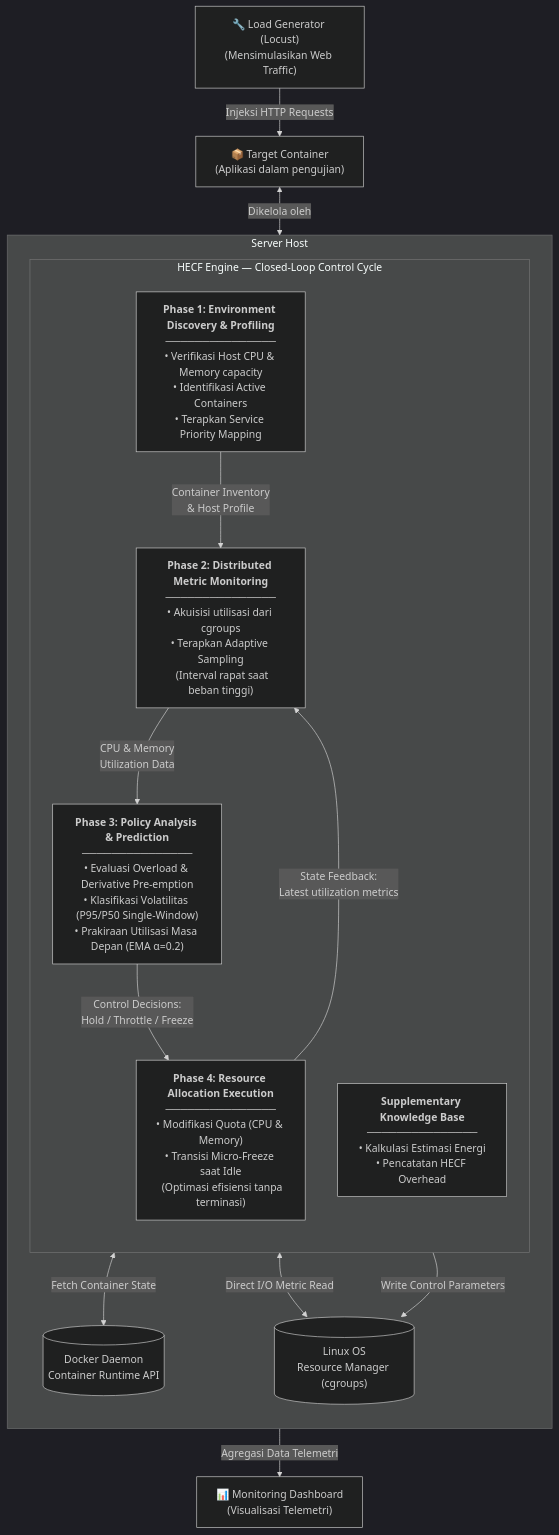
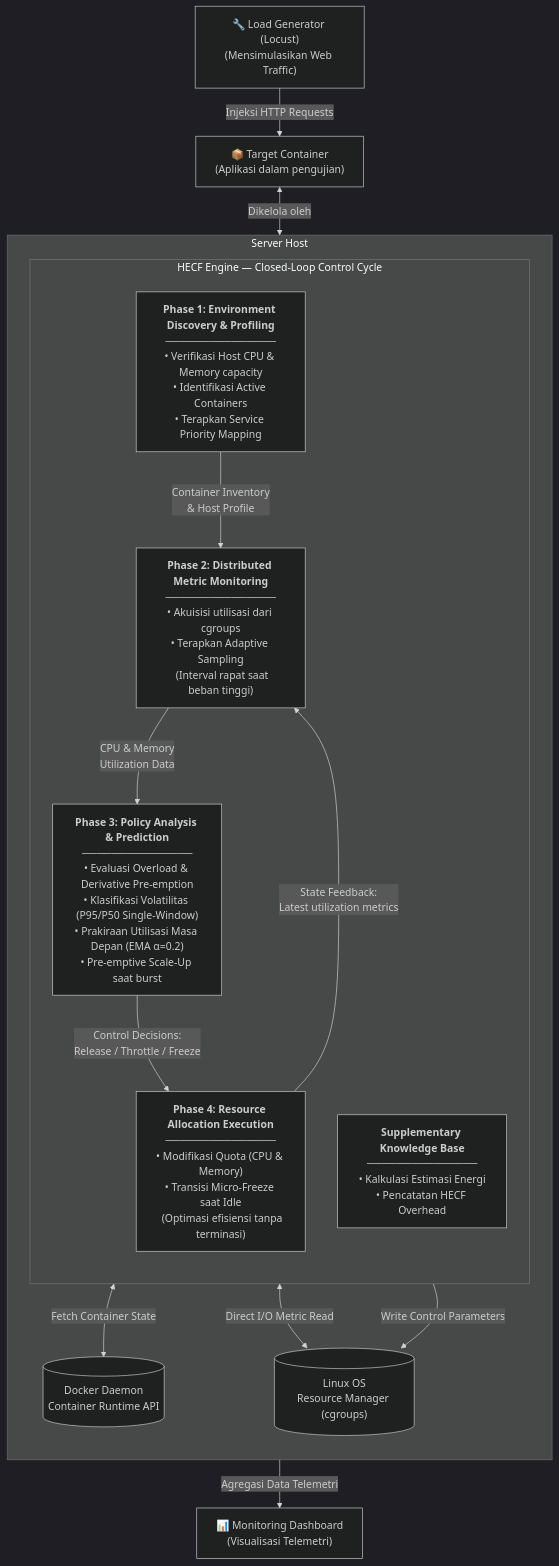
Before and after one commit to fauzanreza/green-container-framework: the second of 2 diagrams in architecture-diagrams/00-concept/big_picture.md, drawn with Mermaid (dark theme). The commit also changed other lines of this file and 18 other files, not shown here.

````diff
--- a/architecture-diagrams/00-concept/big_picture.md
+++ b/architecture-diagrams/00-concept/big_picture.md
@@ -65,40 +68,40 @@
 ```mermaid
 flowchart TB
     subgraph HOST["Server Host"]
         direction TB
 
         subgraph MAPE["HECF Engine — Closed-Loop Control Cycle"]
             direction TB
 
             L1["<b>Phase 1: Environment Discovery & Profiling</b><br/>───────────────<br/>• Verifikasi Host CPU & Memory capacity<br/>• Identifikasi Active Containers<br/>• Terapkan Service Priority Mapping"]
 
             L2["<b>Phase 2: Distributed Metric Monitoring</b><br/>───────────────<br/>• Akuisisi utilisasi dari cgroups<br/>• Terapkan Adaptive Sampling<br/>  (Interval rapat saat beban tinggi)"]
 
-            L3["<b>Phase 3: Policy Analysis & Prediction</b><br/>───────────────<br/>• Evaluasi Overload & Derivative Pre-emption<br/>• Klasifikasi Volatilitas (P95/P50 Single-Window)<br/>• Prakiraan Utilisasi Masa Depan (EMA α=0.2)"]
+            L3["<b>Phase 3: Policy Analysis & Prediction</b><br/>───────────────<br/>• Evaluasi Overload & Derivative Pre-emption<br/>• Klasifikasi Volatilitas (P95/P50 Single-Window)<br/>• Prakiraan Utilisasi Masa Depan (EMA α=0.2)<br/>• Pre-emptive Scale-Up saat burst"]
 
             L4["<b>Phase 4: Resource Allocation Execution</b><br/>───────────────<br/>• Modifikasi Quota (CPU & Memory)<br/>• Transisi Micro-Freeze saat Idle<br/>  (Optimasi efisiensi tanpa terminasi)"]
 
             SUP["<b>Supplementary Knowledge Base</b><br/>───────────────<br/>• Kalkulasi Estimasi Energi<br/>• Pencatatan HECF Overhead"]
 
             L1 -->|"Container Inventory<br/>& Host Profile"| L2
             L2 -->|"CPU & Memory<br/>Utilization Data"| L3
-            L3 -->|"Control Decisions:<br/>Hold / Throttle / Freeze"| L4
+            L3 -->|"Control Decisions:<br/>Release / Throttle / Freeze"| L4
             L4 -->|"State Feedback:<br/>Latest utilization metrics"| L2
         end
 
         KERNEL[("Linux OS<br/>Resource Manager (cgroups)")]
         DOCKER[("Docker Daemon<br/>Container Runtime API")]
 
         L1 <-->|"Fetch Container State"| DOCKER
         L2 <-->|"Direct I/O Metric Read"| KERNEL
         L4 -->|"Write Control Parameters"| KERNEL
     end
 
     LOCUST["🔧 Load Generator (Locust)<br/>(Mensimulasikan Web Traffic)"]
     TARGET["📦 Target Container<br/>(Aplikasi dalam pengujian)"]
     DASH["📊 Monitoring Dashboard<br/>(Visualisasi Telemetri)"]
 
     LOCUST -->|"Injeksi HTTP Requests"| TARGET
     TARGET <-->|"Dikelola oleh"| DOCKER
     SUP -->|"Agregasi Data Telemetri"| DASH
 ```
````
